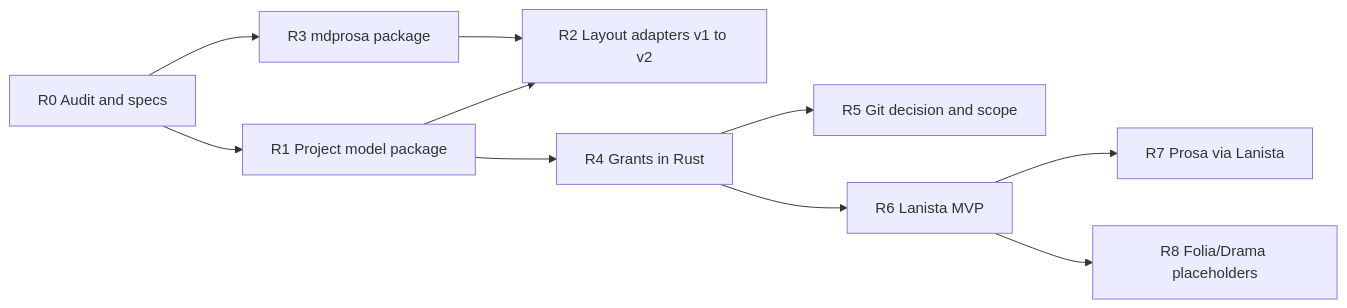
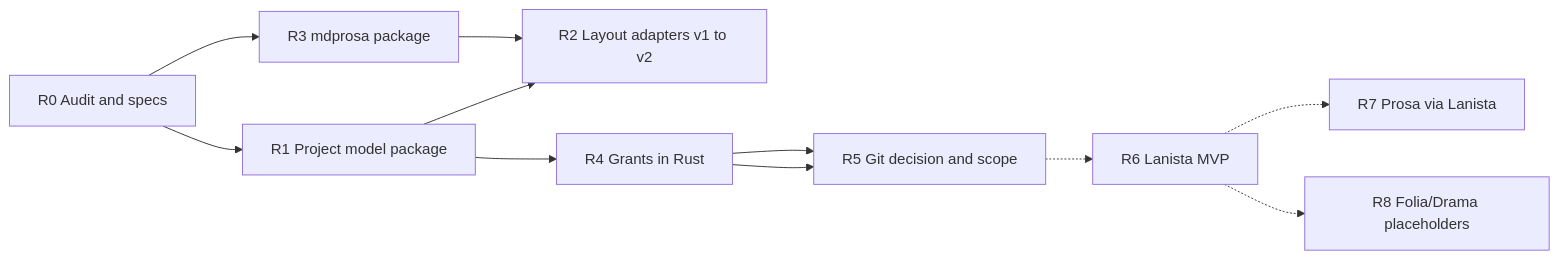
The diagram in docs/plans/active/multi-application-architecture-roadmap.md (erista-scribam/base), drawn with Mermaid before and after one commit. The commit also changed other lines of this file and 41 other files, not shown here.

````diff
--- a/docs/plans/active/multi-application-architecture-roadmap.md
+++ b/docs/plans/active/multi-application-architecture-roadmap.md
@@ -13,17 +13,19 @@
 ```mermaid
 flowchart LR
   R0[R0 Audit and specs]
   R1[R1 Project model package]
   R2[R2 Layout adapters v1 to v2]
   R3[R3 mdprosa package]
   R4[R4 Grants in Rust]
   R5[R5 Git decision and scope]
   R6[R6 Lanista MVP]
   R7[R7 Prosa via Lanista]
   R8[R8 Folia/Drama placeholders]
   R0 --> R1 --> R2
   R0 --> R3 --> R2
   R1 --> R4 --> R5
-  R4 --> R6 --> R7
-  R6 --> R8
+  R4 --> R5
+  R5 -.-> R6
+  R6 -.-> R7
+  R6 -.-> R8
 ```
````
